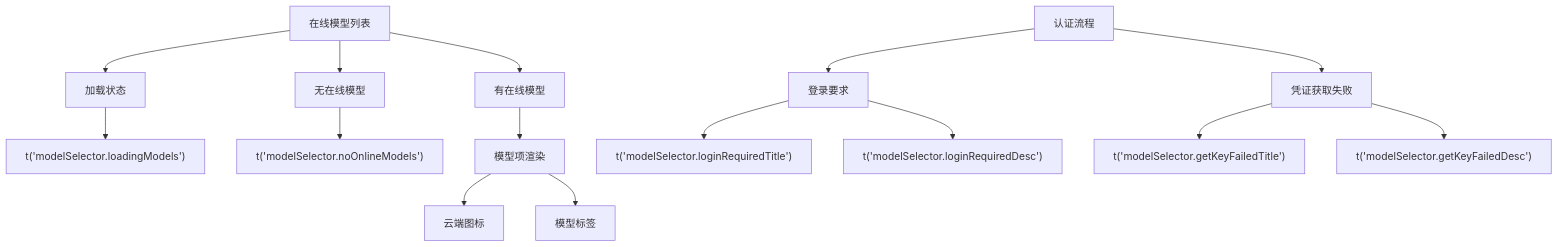
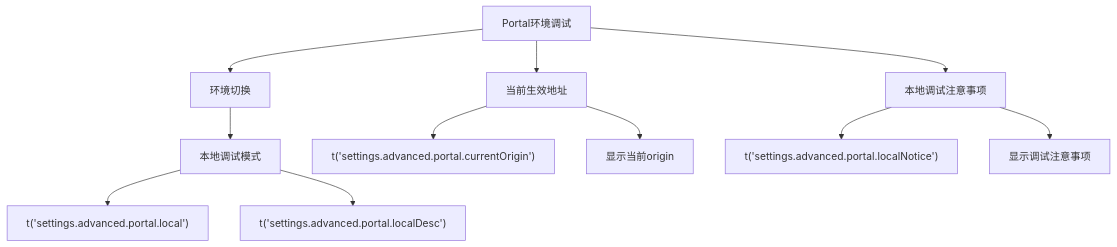
Before and after one commit to RabbitAI-Lab/RabbitCoding: the sixth of 7 diagrams in .qoder/repowiki/zh/content/国际化支持.md, drawn with Mermaid. The commit also changed other lines of this file and 36 other files, not shown here.

````diff
--- a/.qoder/repowiki/zh/content/国际化支持.md
+++ b/.qoder/repowiki/zh/content/国际化支持.md
@@ -291,17 +288,13 @@
 ```mermaid
 flowchart TD
-OnlineModels["在线模型列表"] --> Loading["加载状态"]
-Loading --> LoadingText["t('modelSelector.loadingModels')"]
-OnlineModels --> NoModels["无在线模型"]
-NoModels --> NoModelsText["t('modelSelector.noOnlineModels')"]
-OnlineModels --> HasModels["有在线模型"]
-HasModels --> ModelItems["模型项渲染"]
-ModelItems --> CloudIcon["云端图标"]
-ModelItems --> ModelLabel["模型标签"]
-AuthFlow["认证流程"] --> LoginRequired["登录要求"]
-LoginRequired --> LoginTitle["t('modelSelector.loginRequiredTitle')"]
-LoginRequired --> LoginDesc["t('modelSelector.loginRequiredDesc')"]
-AuthFlow --> KeyFailed["凭证获取失败"]
-KeyFailed --> KeyTitle["t('modelSelector.getKeyFailedTitle')"]
-KeyFailed --> KeyDesc["t('modelSelector.getKeyFailedDesc')"]
+PortalEnv["Portal环境调试"] --> Switch["环境切换"]
+Switch --> LocalMode["本地调试模式"]
+LocalMode --> LocalTitle["t('settings.advanced.portal.local')"]
+LocalMode --> LocalDesc["t('settings.advanced.portal.localDesc')"]
+PortalEnv --> CurrentOrigin["当前生效地址"]
+CurrentOrigin --> OriginTitle["t('settings.advanced.portal.currentOrigin')"]
+CurrentOrigin --> OriginValue["显示当前origin"]
+PortalEnv --> Notice["本地调试注意事项"]
+Notice --> NoticeTitle["t('settings.advanced.portal.localNotice')"]
+Notice --> NoticeContent["显示调试注意事项"]
 ```
````
